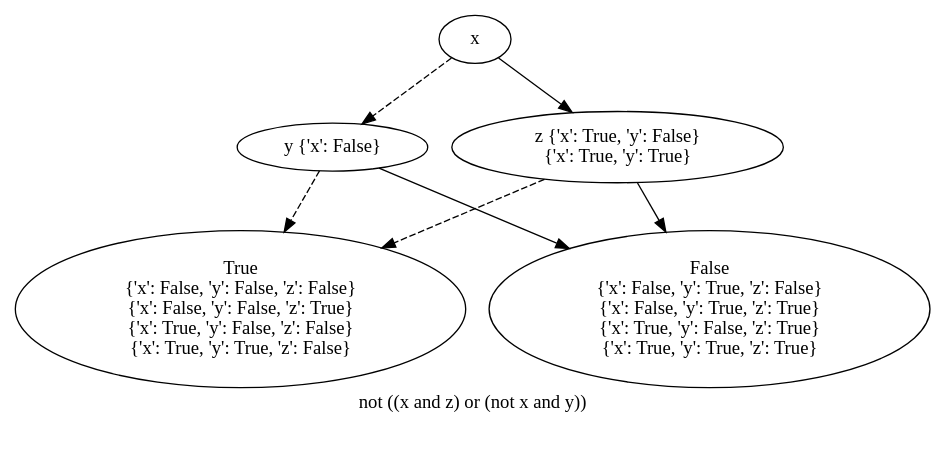
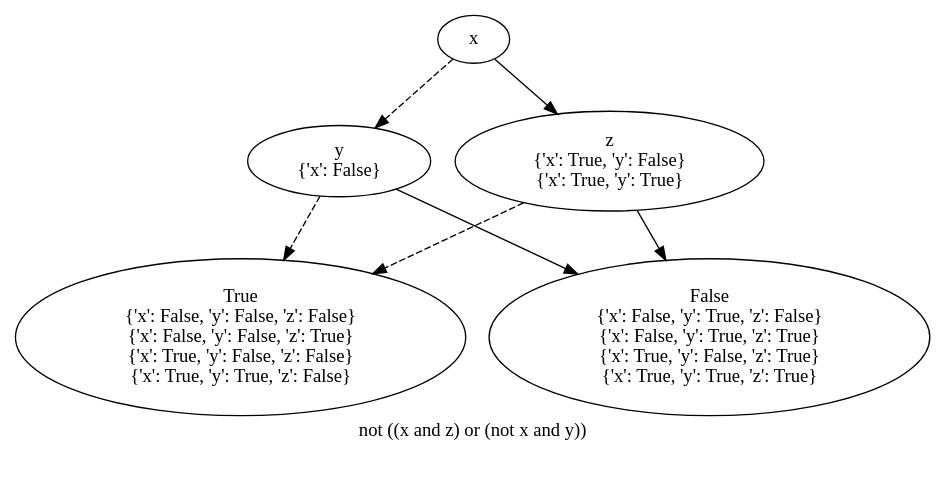
One commit to O1ez/IncreasingResilienceOfAutomatedVehicles changed the diagram in out/_start_3_bdd_not_uo.dot. Above: the diagram before and after it, drawn with Graphviz. The commit also changed 20 other files, not shown here.

```diff
--- a/out/_start_3_bdd_not_uo.dot
+++ b/out/_start_3_bdd_not_uo.dot
@@ -1,32 +1,34 @@
 digraph{
 label="not ((x and z) or (not x and y))\n\n"
-1889826368208[label=x]1889826367440[label="y {'x': False}"]
-1889826368208 -> 1889826367440[style=dashed]
-1889826369744[label="True
+2996655534672[label=x]2996655534352[label="y
+{'x': False}"]
+2996655534672 -> 2996655534352[style=dashed label="" fontcolor = gray]
+2996655534992[label="True
 {'x': False, 'y': False, 'z': False}
 {'x': False, 'y': False, 'z': True}
 {'x': True, 'y': False, 'z': False}
 {'x': True, 'y': True, 'z': False}"]
-1889826367440 -> 1889826369744[style=dashed]
-1889826368720[label="False
+2996655534352 -> 2996655534992[style=dashed label="" fontcolor = gray]
+2996655535152[label="False
 {'x': False, 'y': True, 'z': False}
 {'x': False, 'y': True, 'z': True}
 {'x': True, 'y': False, 'z': True}
 {'x': True, 'y': True, 'z': True}"]
-1889826367440 -> 1889826368720
-1889826370000[label="z {'x': True, 'y': False}
+2996655534352 -> 2996655535152 [label="" fontcolor = gray]
+2996655535952[label="z
+{'x': True, 'y': False}
 {'x': True, 'y': True}"]
-1889826368208 -> 1889826370000
-1889826369744[label="True
+2996655534672 -> 2996655535952 [label="" fontcolor = gray]
+2996655534992[label="True
 {'x': False, 'y': False, 'z': False}
 {'x': False, 'y': False, 'z': True}
 {'x': True, 'y': False, 'z': False}
 {'x': True, 'y': True, 'z': False}"]
-1889826370000 -> 1889826369744[style=dashed]
-1889826368720[label="False
+2996655535952 -> 2996655534992[style=dashed label="" fontcolor = gray]
+2996655535152[label="False
 {'x': False, 'y': True, 'z': False}
 {'x': False, 'y': True, 'z': True}
 {'x': True, 'y': False, 'z': True}
 {'x': True, 'y': True, 'z': True}"]
-1889826370000 -> 1889826368720
+2996655535952 -> 2996655535152 [label="" fontcolor = gray]
 }
```
